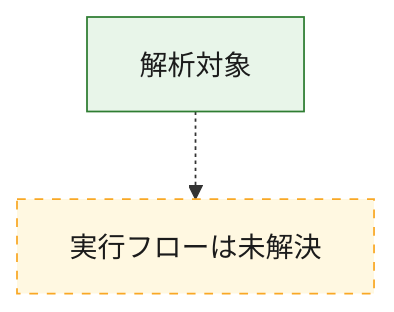
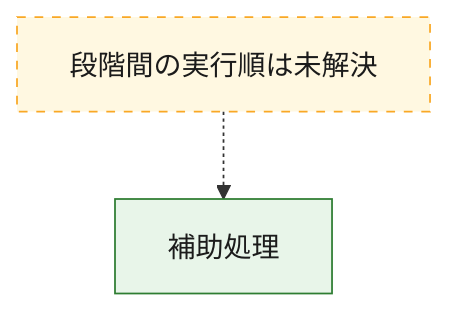
One commit to proshiba/AI-security-analysis changed the first of 3 diagrams in analysis-results/malware/remcosrat/versions/unknown/cases/7c91e7fec18b676ddd87442227c4f61af05e7f23236975c13df02c8748eb9d5d/OVERALL-LOGIC.md. Above: the diagram before and after it, drawn with Mermaid. The commit also changed other lines of this file and 416 other files, not shown here.

````diff
--- a/analysis-results/malware/remcosrat/versions/unknown/cases/7c91e7fec18b676ddd87442227c4f61af05e7f23236975c13df02c8748eb9d5d/OVERALL-LOGIC.md
+++ b/analysis-results/malware/remcosrat/versions/unknown/cases/7c91e7fec18b676ddd87442227c4f61af05e7f23236975c13df02c8748eb9d5d/OVERALL-LOGIC.md
@@ -16,10 +16,10 @@
 ```mermaid
 flowchart TD
-  exec_target["解析対象"]
-  exec_unknown["実行フローは未解決"]
-  exec_target -.-> exec_unknown
-  class exec_target confirmed
+  exec_01["補助処理"]
+  exec_unknown["段階間の実行順は未解決"]
+  exec_unknown -.-> exec_01
   class exec_unknown unresolved
+  class exec_01 confirmed
   classDef confirmed fill:#e8f5e9,stroke:#2e7d32,color:#1b1b1b
   classDef unresolved fill:#fff8e1,stroke:#f9a825,color:#1b1b1b,stroke-dasharray:5 5
 ```
````
